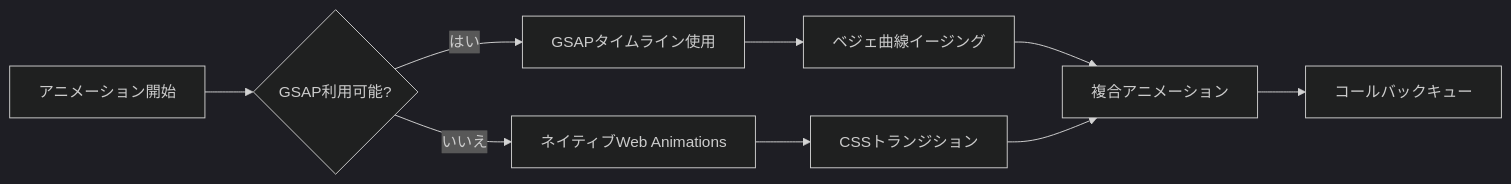
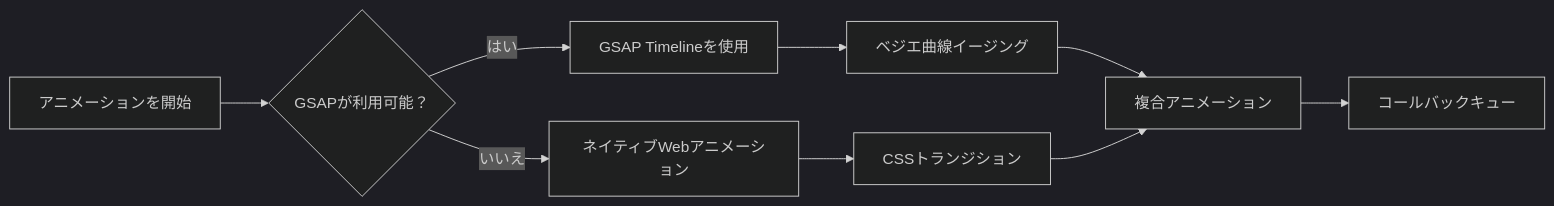
The sixth of 6 diagrams in README-JP.md (linyaocrush/DLsite-Purchase-Analyzer), drawn with Mermaid (dark theme) before and after one commit. The commit also changed other lines of this file, not shown here.

````diff
--- a/README-JP.md
+++ b/README-JP.md
@@ -377,11 +397,11 @@
 ```mermaid
 graph LR
-    A[アニメーション開始] --> B{GSAP利用可能?}
-    B -->|はい| C[GSAPタイムライン使用]
-    B -->|いいえ| D[ネイティブWeb Animations]
-    C --> E[ベジェ曲線イージング]
+    A[アニメーションを開始] --> B{GSAPが利用可能？}
+    B -->|はい| C[GSAP Timelineを使用]
+    B -->|いいえ| D[ネイティブWebアニメーション]
+    C --> E[ベジエ曲線イージング]
     D --> F[CSSトランジション]
     E --> G[複合アニメーション]
     F --> G
     G --> H[コールバックキュー]
 ```
````
